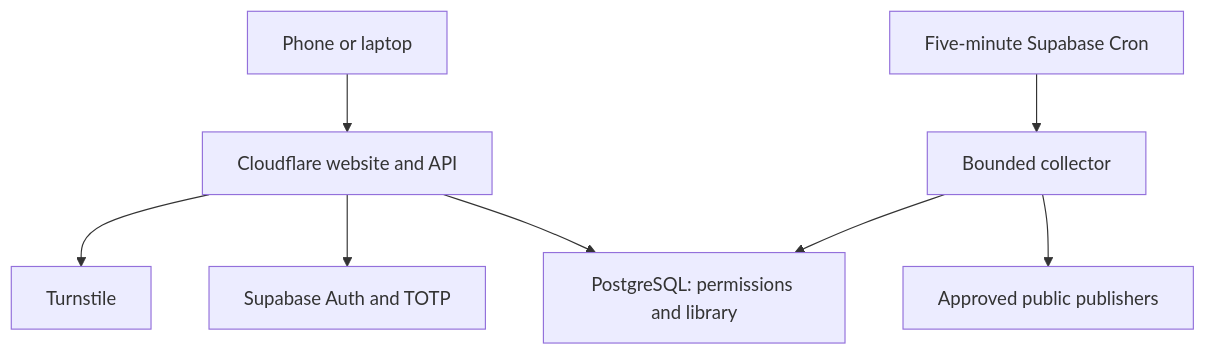
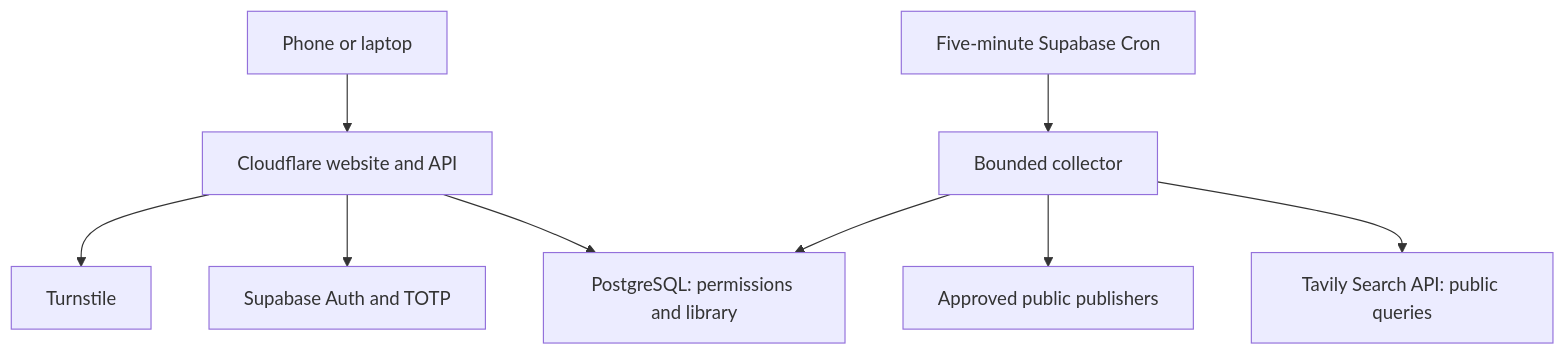
The first of 6 diagrams in docs/ARCHITECTURE.md (Idoheled/StackSignal), drawn with Mermaid before and after one commit. The commit also changed other lines of this file and 10 other files, not shown here.

Commit message:
docs: explain active discovery, scoring and search architecture

````diff
--- a/docs/ARCHITECTURE.md
+++ b/docs/ARCHITECTURE.md
@@ -7,10 +7,11 @@
 ```mermaid
 flowchart TD
   Device["Phone or laptop"] --> Edge["Cloudflare website and API"]
   Edge --> Challenge["Turnstile"]
   Edge --> Auth["Supabase Auth and TOTP"]
   Edge --> DB["PostgreSQL: permissions and library"]
   Cron["Five-minute Supabase Cron"] --> Collector["Bounded collector"]
   Collector --> Publishers["Approved public publishers"]
+  Collector --> Tavily["Tavily Search API: public queries"]
   Collector --> DB
 ```
````
